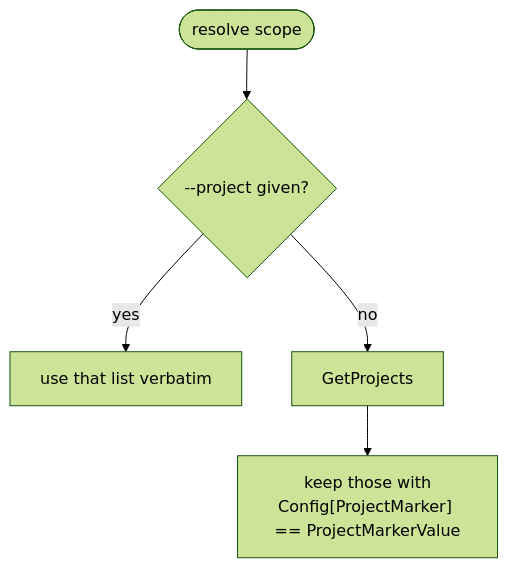
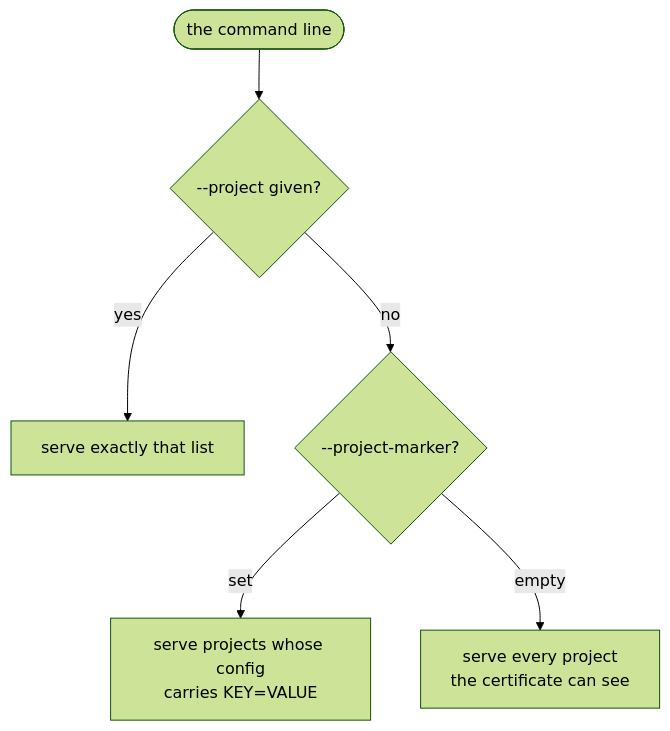
Before and after one commit to jochumdev/incus-compose-docs: the third of 7 diagrams in root/developer/healthd.md, drawn with Mermaid (forest theme). The commit also changed other lines of this file and 2 other files, not shown here.

````diff
--- a/root/developer/healthd.md
+++ b/root/developer/healthd.md
@@ -179,7 +94,8 @@
 ```mermaid
 flowchart TD
-    S([resolve scope]) --> Q{--project given?}
-    Q -->|yes| L[use that list verbatim]
-    Q -->|no| G[GetProjects]
-    G --> F["keep those with<br/>Config[ProjectMarker] == ProjectMarkerValue"]
+    S([the command line]) --> Q{--project given?}
+    Q -->|yes| L[serve exactly that list]
+    Q -->|no| M{--project-marker?}
+    M -->|set| F["serve projects whose config<br/>carries KEY=VALUE"]
+    M -->|empty| A[serve every project<br/>the certificate can see]
 ```
````
